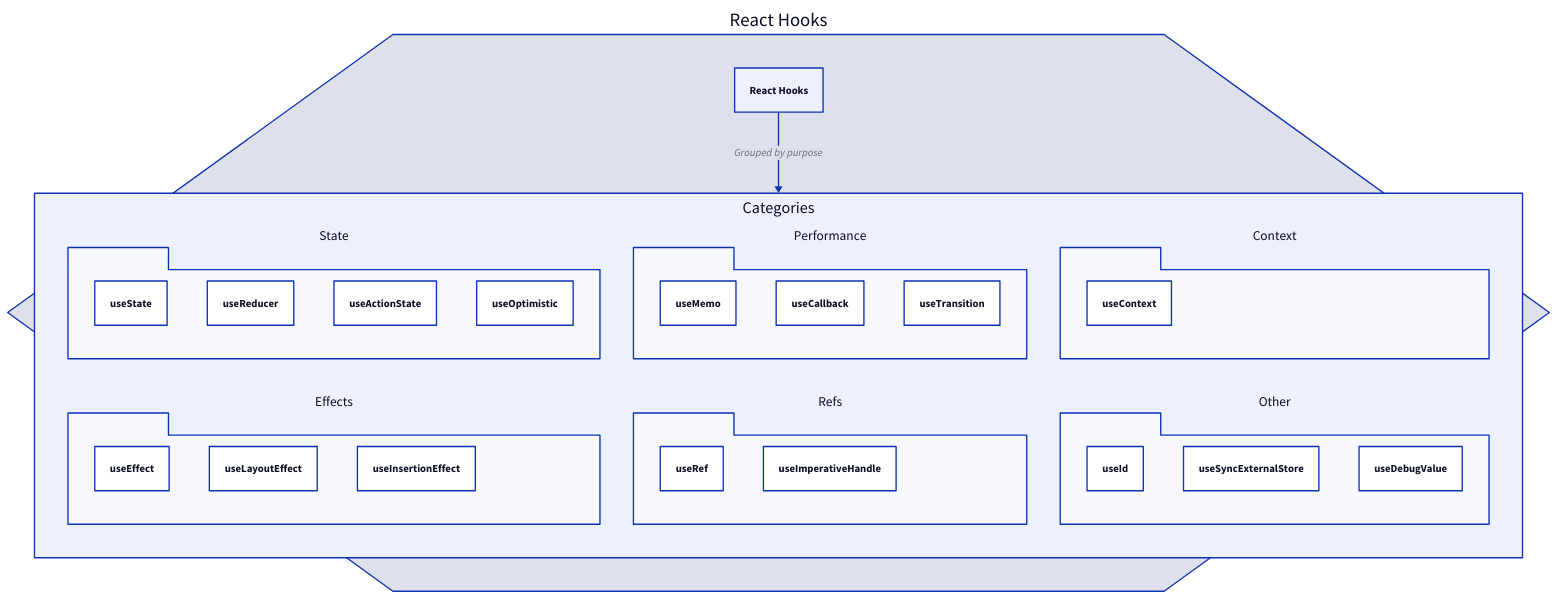
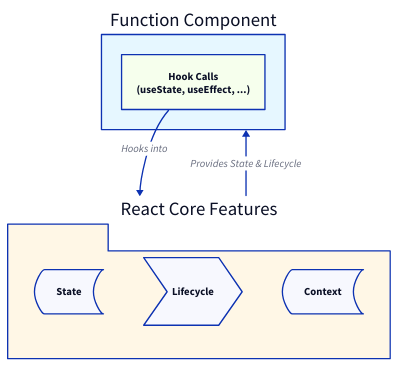
One commit to lban2049/react changed the diagram in packages/react/.aigne/doc-smith/docs/hooks.md. Above: the diagram before and after it, drawn with D2. The commit also changed other lines of this file and 46 other files, not shown here.

````diff
--- a/packages/react/.aigne/doc-smith/docs/hooks.md
+++ b/packages/react/.aigne/doc-smith/docs/hooks.md
@@ -13,54 +11,27 @@
 ```d2
 direction: down
 
-"React Hooks": {
-  shape: hexagon
-  
-  "Categories": {
-    grid-columns: 3
-    grid-gap: 50
+"Function Component": {
+  shape: rectangle
+  style.fill: "#e6f7ff"
 
-    "State": {
-      shape: package
-      "useState"
-      "useReducer"
-      "useActionState"
-      "useOptimistic"
-    }
+  "Hooks": {
+    label: "Hook Calls\n(useState, useEffect, ...)"
+    shape: rectangle
+    style.fill: "#f6ffed"
+  }
+}
 
-    "Effects": {
-      shape: package
-      "useEffect"
-      "useLayoutEffect"
-      "useInsertionEffect"
-    }
+"React Core": {
+  shape: package
+  label: "React Core Features"
+  style.fill: "#fff7e6"
 
-    "Performance": {
-      shape: package
-      "useMemo"
-      "useCallback"
-      "useTransition"
-    }
-    
-    "Refs": {
-      shape: package
-      "useRef"
-      "useImperativeHandle"
-    }
+  State: { shape: stored_data }
+  Lifecycle: { shape: step }
+  Context: { shape: stored_data }
+}
 
-    "Context": {
-      shape: package
-      "useContext"
-    }
-
-    "Other": {
-      shape: package
-      "useId"
-      "useSyncExternalStore"
-      "useDebugValue"
-    }
-  }
-
-  "React Hooks" -> "Categories": "Grouped by purpose"
-}
+"Function Component".Hooks -> "React Core": "Hooks into"
+"React Core" -> "Function Component": "Provides State & Lifecycle"
 ```
````
